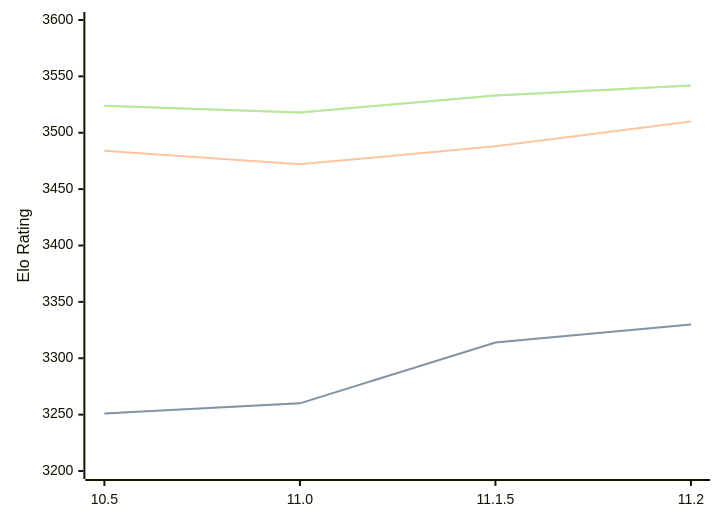
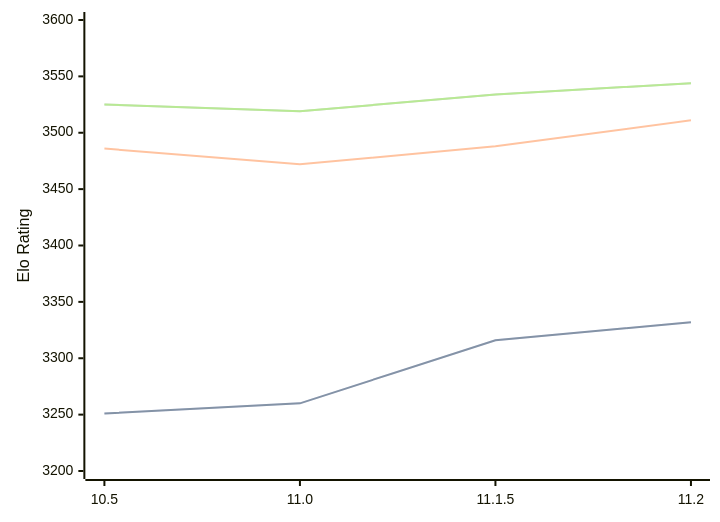
One commit to computer-chess-index/cci changed the diagram in engines/Lizard.md. Above: the diagram before and after it, drawn with Mermaid. The commit also changed other lines of this file, not shown here.

Commit message:
Update CCI Ratings (ELO VLTC) - 2026-04-13

````diff
--- a/engines/Lizard.md
+++ b/engines/Lizard.md
@@ -46,11 +46,11 @@
 ```mermaid
 %%{init: {"theme":"base","themeVariables":{"seriesColors:['#a3a3a3','#222221','#faa371']}}}%%
 xychart-beta
   x-axis ["10.5", "11.0", "11.1.5", "11.2"]
   y-axis "Elo Rating" 3200 --> 3600
-  line "STC (8.0+0.08s)" [3251, 3260, 3314, 3330]
-  line "STC (8.0+0.08s)" [3251, 3260, 3314, 3330]
-  line "LTC (60.0+0.60s)" [3484, 3472, 3488, 3510]
-  line "VLTC (2m24s+1.12s)" [3524, 3518, 3533, 3542]
-  line "VLTC (2m24s+1.12s)" [3524, 3518, 3533, 3542]
+  line "STC (8.0+0.08s)" [3251, 3260, 3316, 3332]
+  line "STC (8.0+0.08s)" [3251, 3260, 3316, 3332]
+  line "LTC (60.0+0.60s)" [3486, 3472, 3488, 3511]
+  line "VLTC (2m24s+1.12s)" [3525, 3519, 3534, 3544]
+  line "VLTC (2m24s+1.12s)" [3525, 3519, 3534, 3544]
 ```
````
